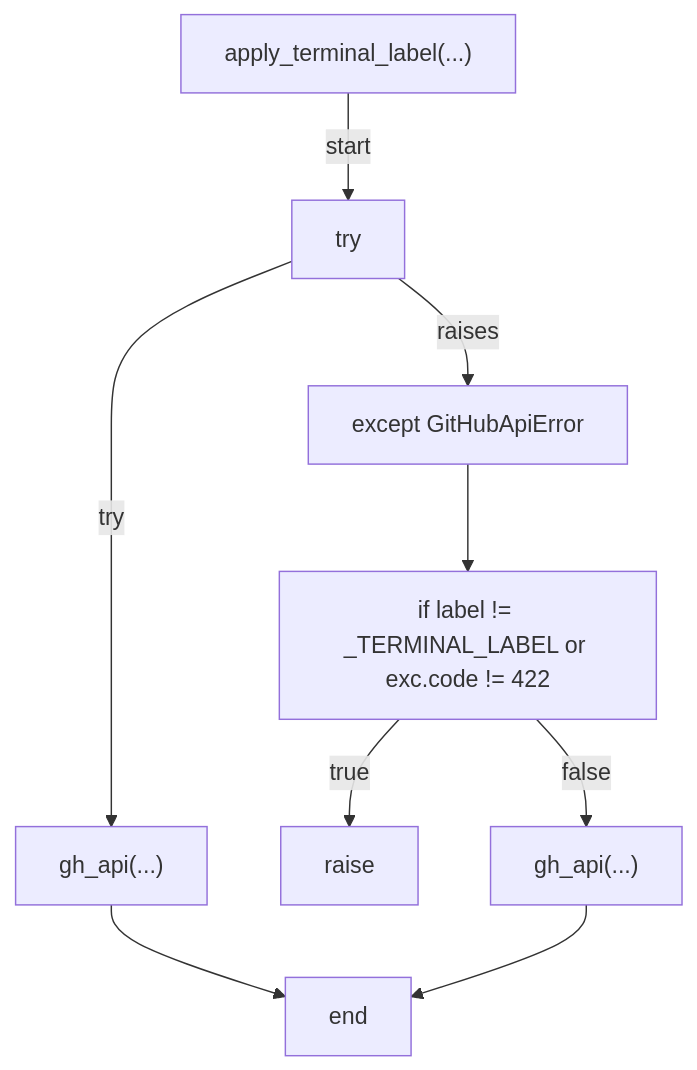
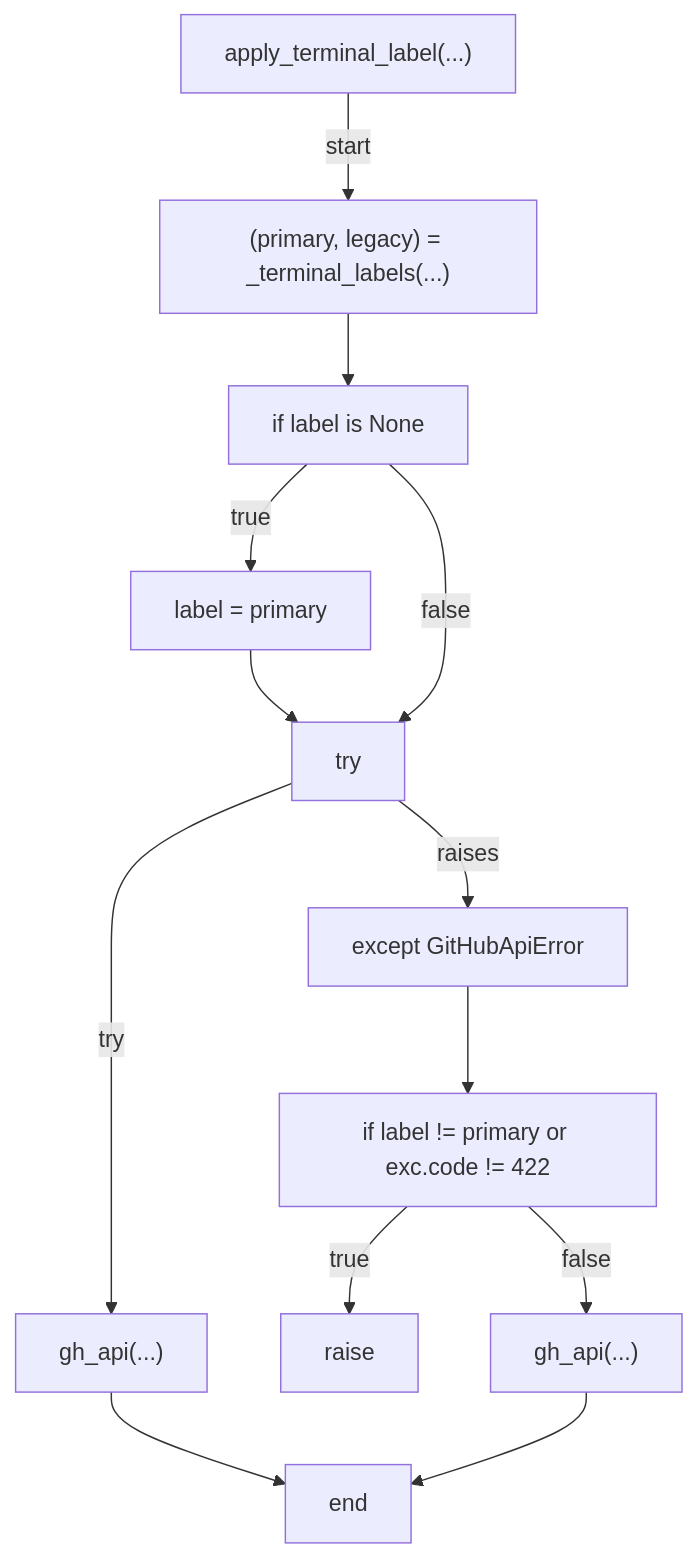
One commit to tvna/claude-md changed diagram 23 of 55 in docs/generated/scripts/ast/auto_retro.md. Above: the diagram before and after it, drawn with Mermaid. The commit also changed other lines of this file and 2 other files, not shown here.

First line of the commit message:
docs(generated): regenerate decision tree and workflow diagrams

````diff
--- a/docs/generated/scripts/ast/auto_retro.md
+++ b/docs/generated/scripts/ast/auto_retro.md
@@ -330,19 +381,26 @@
 ```mermaid
 flowchart TD
     N001["apply_terminal_label(...)"]
-    N002["try"]
-    N003["gh_api(...)"]
-    N004["except GitHubApiError"]
-    N005["if label != _TERMINAL_LABEL or exc.code != 422"]
-    N006["raise"]
-    N007["gh_api(...)"]
-    N008["end"]
+    N002["(primary, legacy) = _terminal_labels(...)"]
+    N003["if label is None"]
+    N004["label = primary"]
+    N005["try"]
+    N006["gh_api(...)"]
+    N007["except GitHubApiError"]
+    N008["if label != primary or exc.code != 422"]
+    N009["raise"]
+    N010["gh_api(...)"]
+    N011["end"]
     N001 -->|"start"| N002
-    N002 -->|"try"| N003
-    N002 -->|"raises"| N004
+    N002 --> N003
+    N003 -->|"true"| N004
     N004 --> N005
-    N005 -->|"true"| N006
-    N005 -->|"false"| N007
-    N003 --> N008
+    N003 -->|"false"| N005
+    N005 -->|"try"| N006
+    N005 -->|"raises"| N007
     N007 --> N008
+    N008 -->|"true"| N009
+    N008 -->|"false"| N010
+    N006 --> N011
+    N010 --> N011
 ```
````
